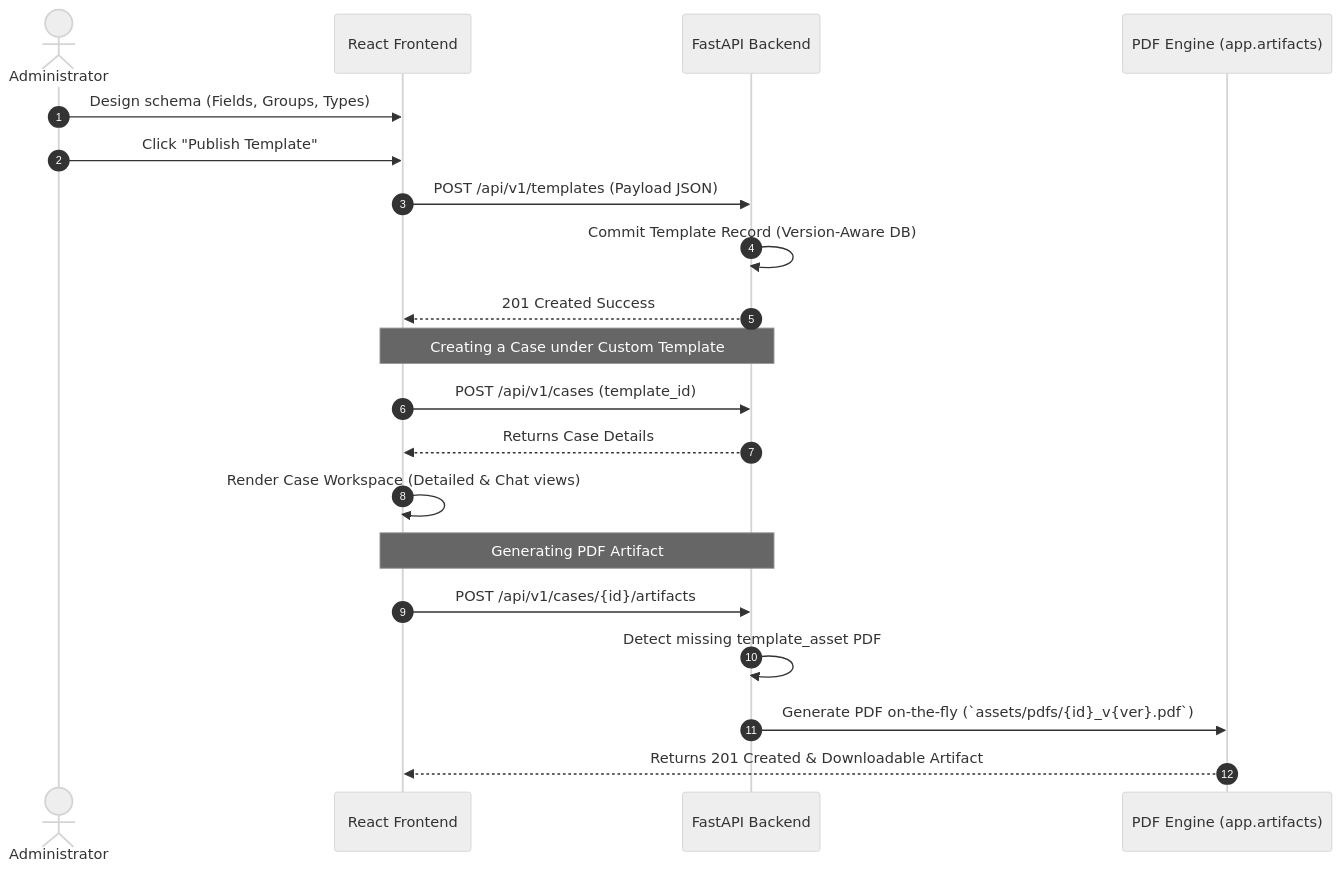
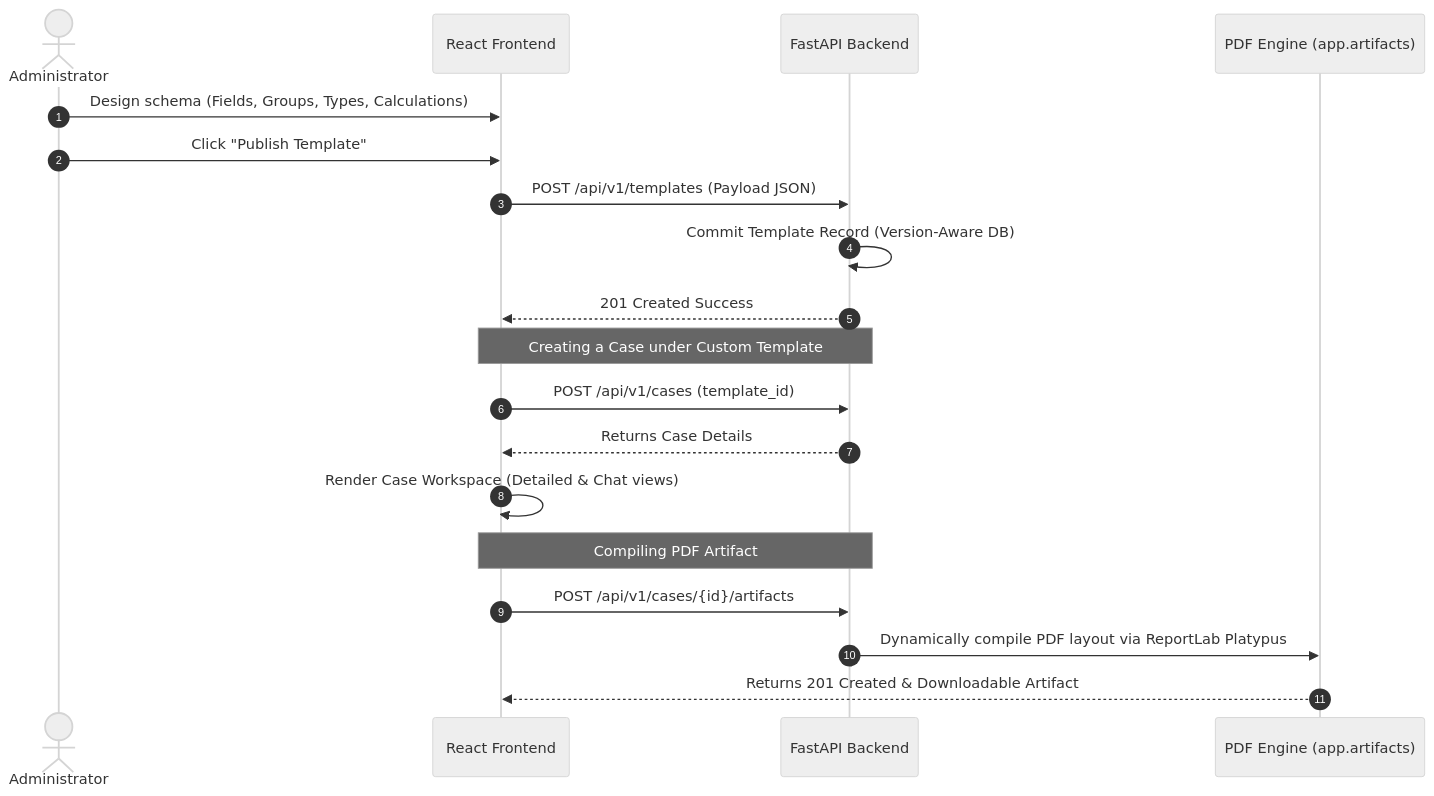
Before and after one commit to Hari31416/FormFoundry: the diagram in docs/frontend/no-code-platform.md, drawn with Mermaid (neutral theme). The commit also changed other lines of this file and 7 other files, not shown here.

````diff
--- a/docs/frontend/no-code-platform.md
+++ b/docs/frontend/no-code-platform.md
@@ -40,23 +40,22 @@
 ```mermaid
 sequenceDiagram
     autonumber
     actor Admin as Administrator
     participant UI as React Frontend
     participant API as FastAPI Backend
     participant PDF as PDF Engine (app.artifacts)
 
-    Admin->>UI: Design schema (Fields, Groups, Types)
+    Admin->>UI: Design schema (Fields, Groups, Types, Calculations)
     Admin->>UI: Click "Publish Template"
     UI->>API: POST /api/v1/templates (Payload JSON)
     API->>API: Commit Template Record (Version-Aware DB)
     API-->>UI: 201 Created Success
     Note over UI, API: Creating a Case under Custom Template
     UI->>API: POST /api/v1/cases (template_id)
     API-->>UI: Returns Case Details
     UI->>UI: Render Case Workspace (Detailed & Chat views)
-    Note over UI, API: Generating PDF Artifact
+    Note over UI, API: Compiling PDF Artifact
     UI->>API: POST /api/v1/cases/{id}/artifacts
-    API->>API: Detect missing template_asset PDF
-    API->>PDF: Generate PDF on-the-fly (`assets/pdfs/{id}_v{ver}.pdf`)
+    API->>PDF: Dynamically compile PDF layout via ReportLab Platypus
     PDF-->>UI: Returns 201 Created & Downloadable Artifact
 ```
````
